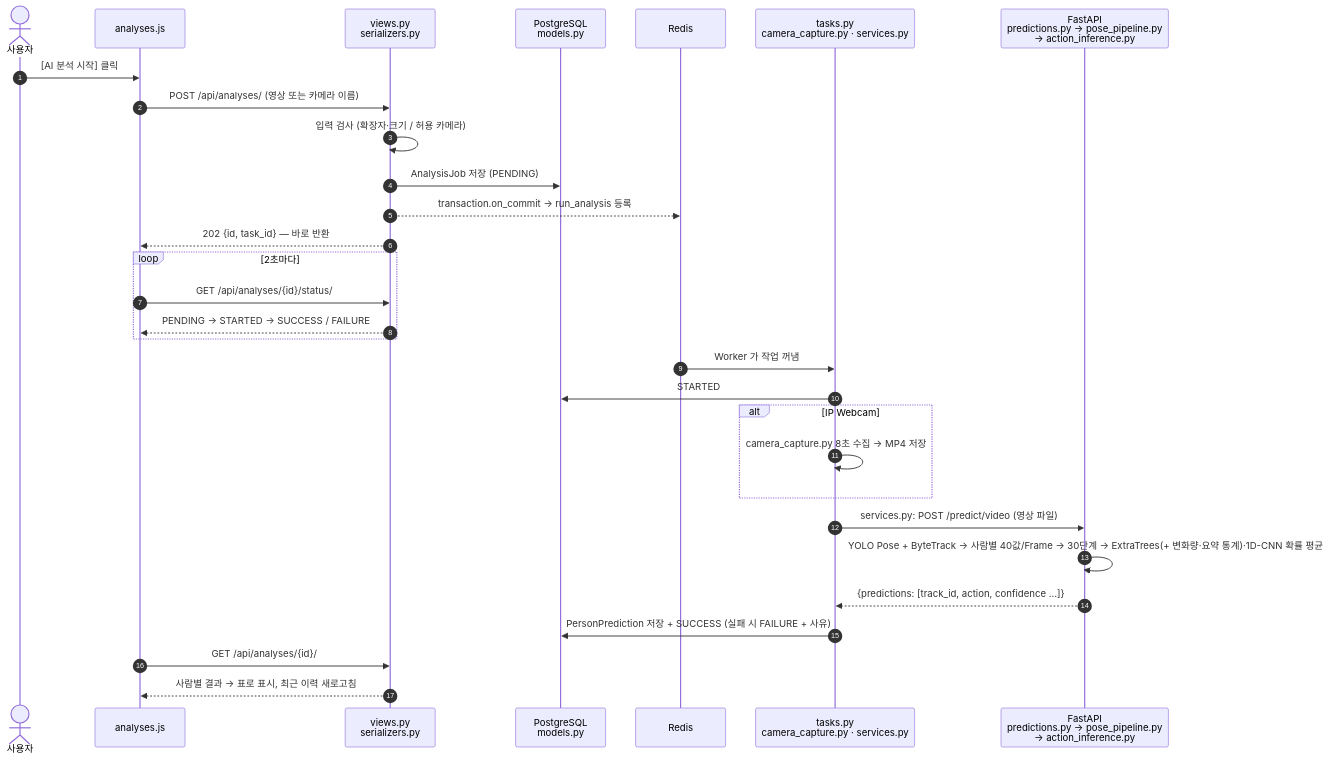
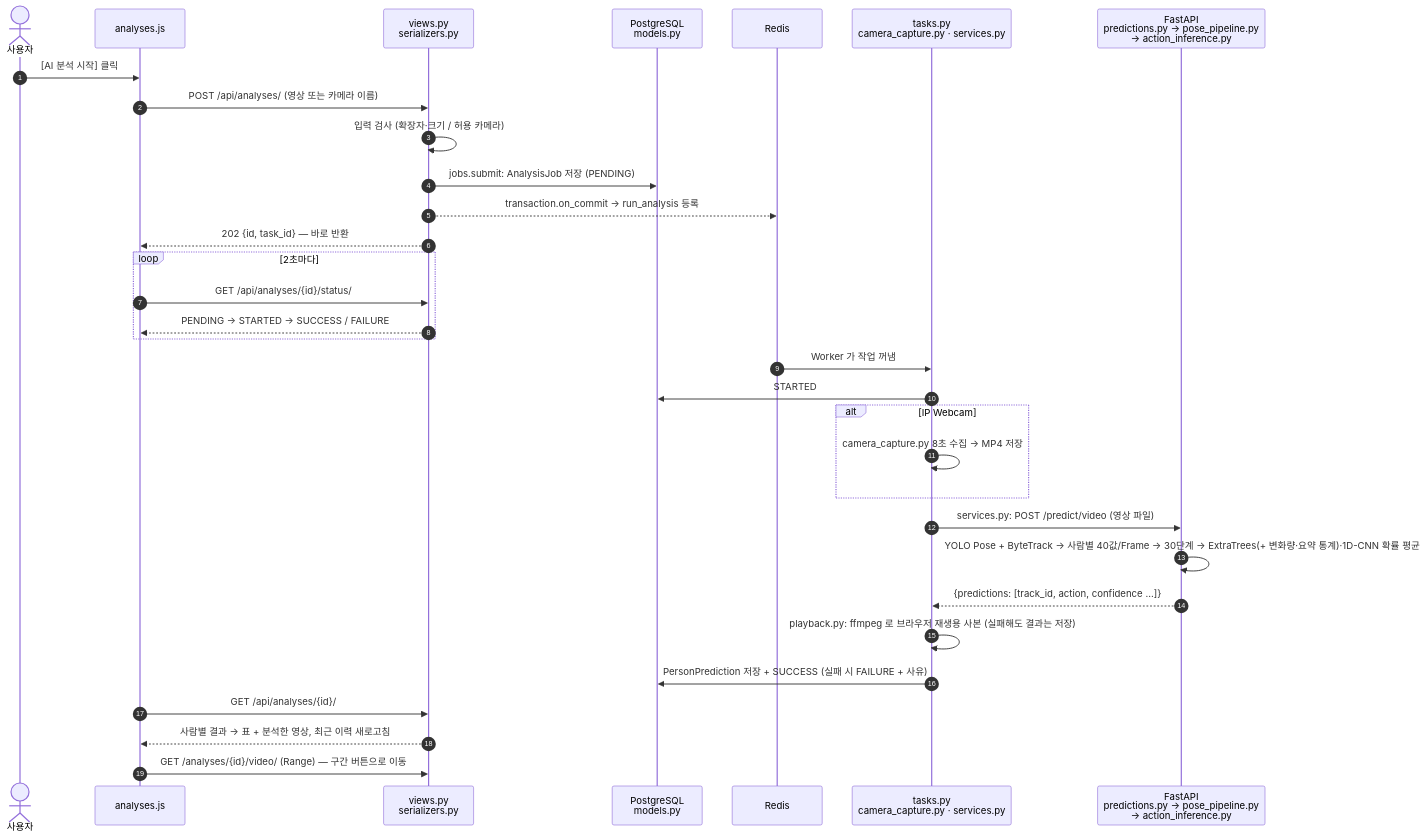
The third of 3 diagrams in README.md (wlgptjd333/store-anomaly-service), drawn with Mermaid before and after one commit. The commit also changed other lines of this file and 38 other files, not shown here.

````diff
--- a/README.md
+++ b/README.md
@@ -188,33 +197,35 @@
 ```mermaid
 sequenceDiagram
     autonumber
     actor U as 사용자
     participant JS as analyses.js
     participant V as views.py<br/>serializers.py
     participant DB as PostgreSQL<br/>models.py
     participant Q as Redis
     participant T as tasks.py<br/>camera_capture.py · services.py
     participant F as FastAPI<br/>predictions.py → pose_pipeline.py<br/>→ action_inference.py
 
     U->>JS: [AI 분석 시작] 클릭
     JS->>V: POST /api/analyses/ (영상 또는 카메라 이름)
     V->>V: 입력 검사 (확장자·크기 / 허용 카메라)
-    V->>DB: AnalysisJob 저장 (PENDING)
+    V->>DB: jobs.submit: AnalysisJob 저장 (PENDING)
     V-->>Q: transaction.on_commit → run_analysis 등록
     V-->>JS: 202 {id, task_id} — 바로 반환
     loop 2초마다
         JS->>V: GET /api/analyses/{id}/status/
         V-->>JS: PENDING → STARTED → SUCCESS / FAILURE
     end
     Q->>T: Worker 가 작업 꺼냄
     T->>DB: STARTED
     alt IP Webcam
         T->>T: camera_capture.py 8초 수집 → MP4 저장
     end
     T->>F: services.py: POST /predict/video (영상 파일)
     F->>F: YOLO Pose + ByteTrack → 사람별 40값/Frame → 30단계 → ExtraTrees(+ 변화량·요약 통계)·1D-CNN 확률 평균
     F-->>T: {predictions: [track_id, action, confidence …]}
+    T->>T: playback.py: ffmpeg 로 브라우저 재생용 사본 (실패해도 결과는 저장)
     T->>DB: PersonPrediction 저장 + SUCCESS (실패 시 FAILURE + 사유)
     JS->>V: GET /api/analyses/{id}/
-    V-->>JS: 사람별 결과 → 표로 표시, 최근 이력 새로고침
+    V-->>JS: 사람별 결과 → 표 + 분석한 영상, 최근 이력 새로고침
+    JS->>V: GET /analyses/{id}/video/ (Range) — 구간 버튼으로 이동
 ```
````
